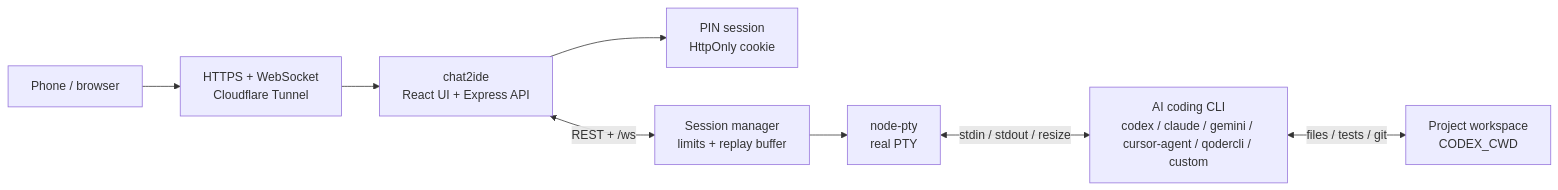
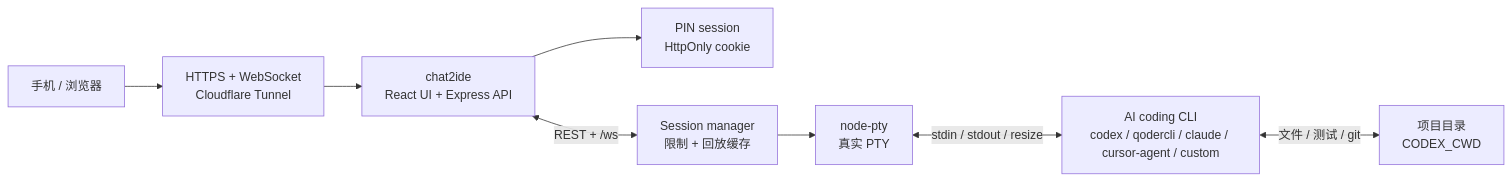
The first of 2 diagrams in README.md (oceanusXXD/chat2ide), drawn with Mermaid before and after one commit. The commit also changed other lines of this file and 2 other files, not shown here.

````diff
--- a/README.md
+++ b/README.md
@@ -63,10 +201,10 @@
 ```mermaid
 flowchart LR
-  Browser["Phone / browser"] --> Tunnel["HTTPS + WebSocket<br/>Cloudflare Tunnel"]
+  Browser["手机 / 浏览器"] --> Tunnel["HTTPS + WebSocket<br/>Cloudflare Tunnel"]
   Tunnel --> App["chat2ide<br/>React UI + Express API"]
   App --> Auth["PIN session<br/>HttpOnly cookie"]
-  App <-->|REST + /ws| Manager["Session manager<br/>limits + replay buffer"]
-  Manager --> PTY["node-pty<br/>real PTY"]
-  PTY <-->|stdin / stdout / resize| CLI["AI coding CLI<br/>codex / claude / gemini / cursor-agent / qodercli / custom"]
-  CLI <-->|files / tests / git| Repo["Project workspace<br/>CODEX_CWD"]
+  App <-->|REST + /ws| Manager["Session manager<br/>限制 + 回放缓存"]
+  Manager --> PTY["node-pty<br/>真实 PTY"]
+  PTY <-->|stdin / stdout / resize| CLI["AI coding CLI<br/>codex / qodercli / claude / cursor-agent / custom"]
+  CLI <-->|文件 / 测试 / git| Repo["项目目录<br/>CODEX_CWD"]
 ```
````
